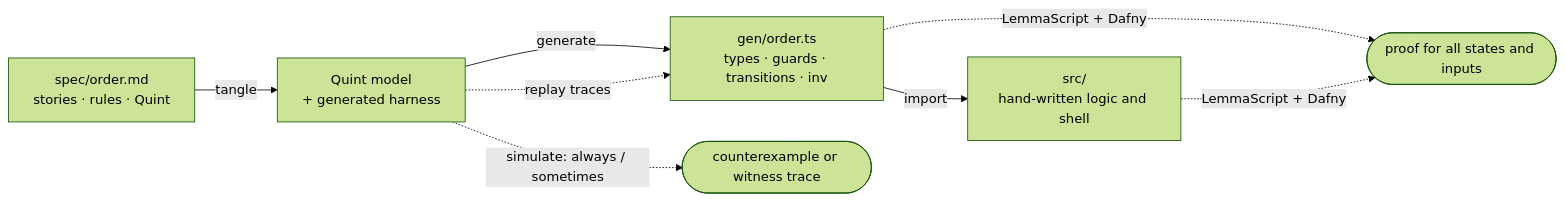
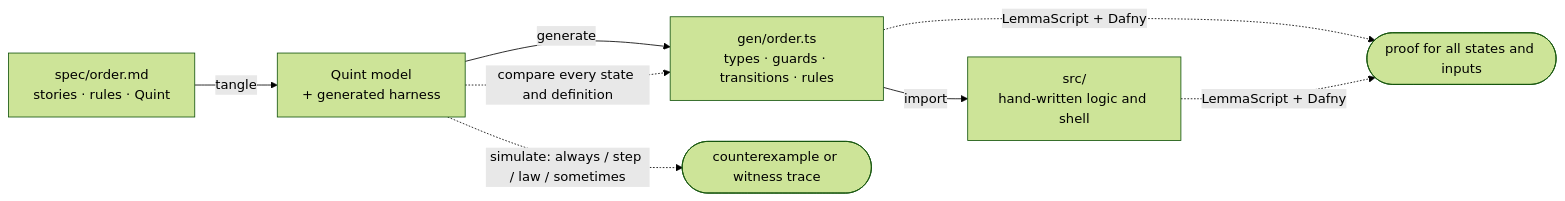
The diagram in README.md (lalalune/vibespec-starter), drawn with Mermaid (forest theme) before and after one commit. The commit also changed other lines of this file and 18 other files, not shown here.

````diff
--- a/README.md
+++ b/README.md
@@ -10,16 +10,16 @@
 ```mermaid
 flowchart LR
   spec["spec/order.md<br/>stories · rules · Quint"]
   qnt["Quint model<br/>+ generated harness"]
-  ts["gen/order.ts<br/>types · guards · transitions · inv"]
+  ts["gen/order.ts<br/>types · guards · transitions · rules"]
   app["src/<br/>hand-written logic and shell"]
 
   spec -- tangle --> qnt
   qnt -- generate --> ts
   ts -- import --> app
 
-  qnt -. "simulate: always / sometimes" .-> v1([counterexample or witness trace])
-  qnt -. "replay traces" .-> ts
+  qnt -. "simulate: always / step / law / sometimes" .-> v1([counterexample or witness trace])
+  qnt -. "compare every state and definition" .-> ts
   ts -. "LemmaScript + Dafny" .-> v2([proof for all states and inputs])
   app -. "LemmaScript + Dafny" .-> v2
 ```
````
